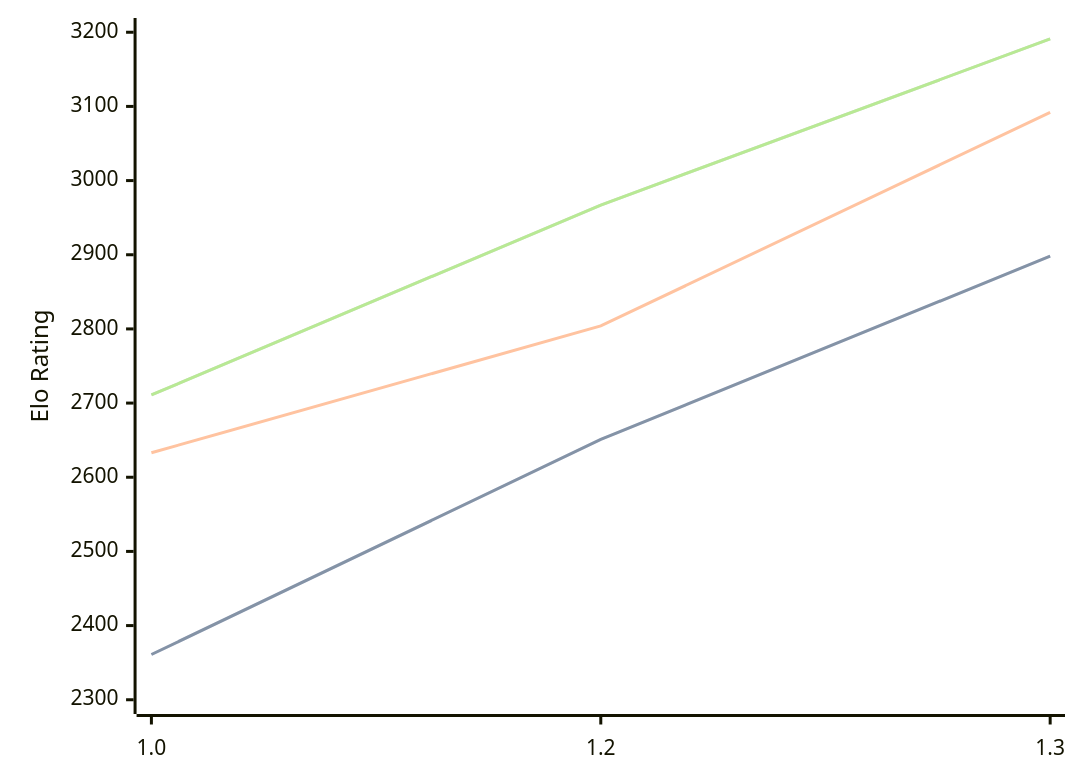
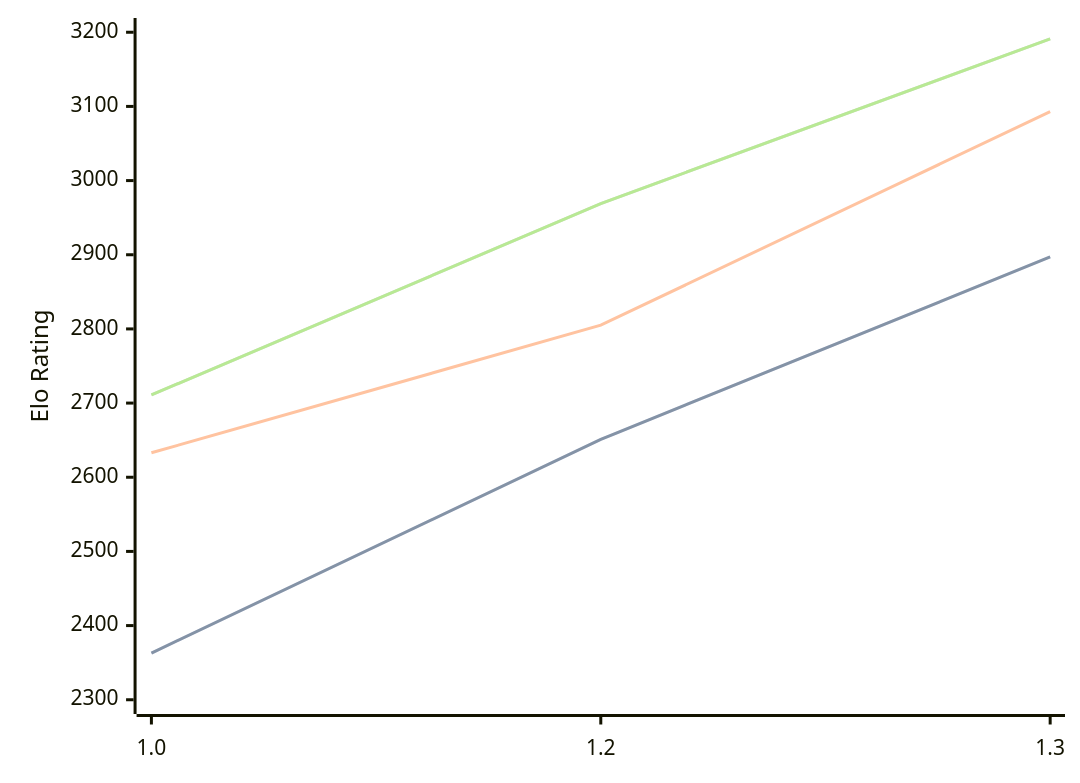
Before and after one commit to computer-chess-index/cci: the diagram in engines/Chessnix.md, drawn with Mermaid. The commit also changed other lines of this file, not shown here.

Commit message:
Update CCI Ratings (ELO VLTC) - 2026-04-02

````diff
--- a/engines/Chessnix.md
+++ b/engines/Chessnix.md
@@ -35,11 +35,11 @@
 ```mermaid
 %%{init: {"theme":"base","themeVariables":{"seriesColors:['#a3a3a3','#222221','#faa371']}}}%%
 xychart-beta
   x-axis ["1.0", "1.2", "1.3"]
   y-axis "Elo Rating" 2300 --> 3200
-  line "STC (8.0+0.08s)" [2361, 2651, 2898]
-  line "STC (8.0+0.08s)" [2361, 2651, 2898]
-  line "LTC (60.0+0.60s)" [2633, 2804, 3092]
-  line "VLTC (2m24s+1.12s)" [2711, 2967, 3191]
-  line "VLTC (2m24s+1.12s)" [2711, 2967, 3191]
+  line "STC (8.0+0.08s)" [2363, 2651, 2897]
+  line "STC (8.0+0.08s)" [2363, 2651, 2897]
+  line "LTC (60.0+0.60s)" [2633, 2805, 3093]
+  line "VLTC (2m24s+1.12s)" [2711, 2969, 3191]
+  line "VLTC (2m24s+1.12s)" [2711, 2969, 3191]
 ```
````
